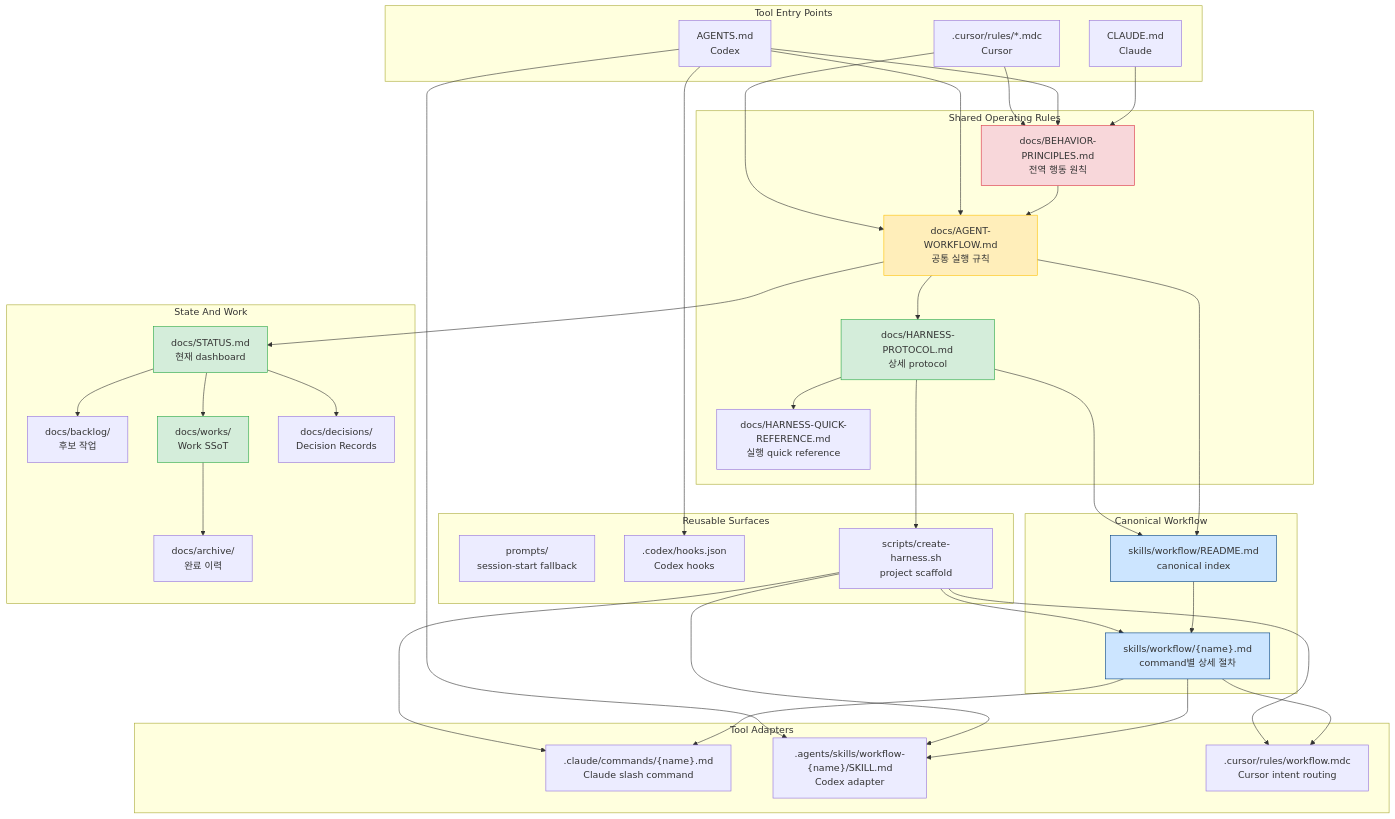
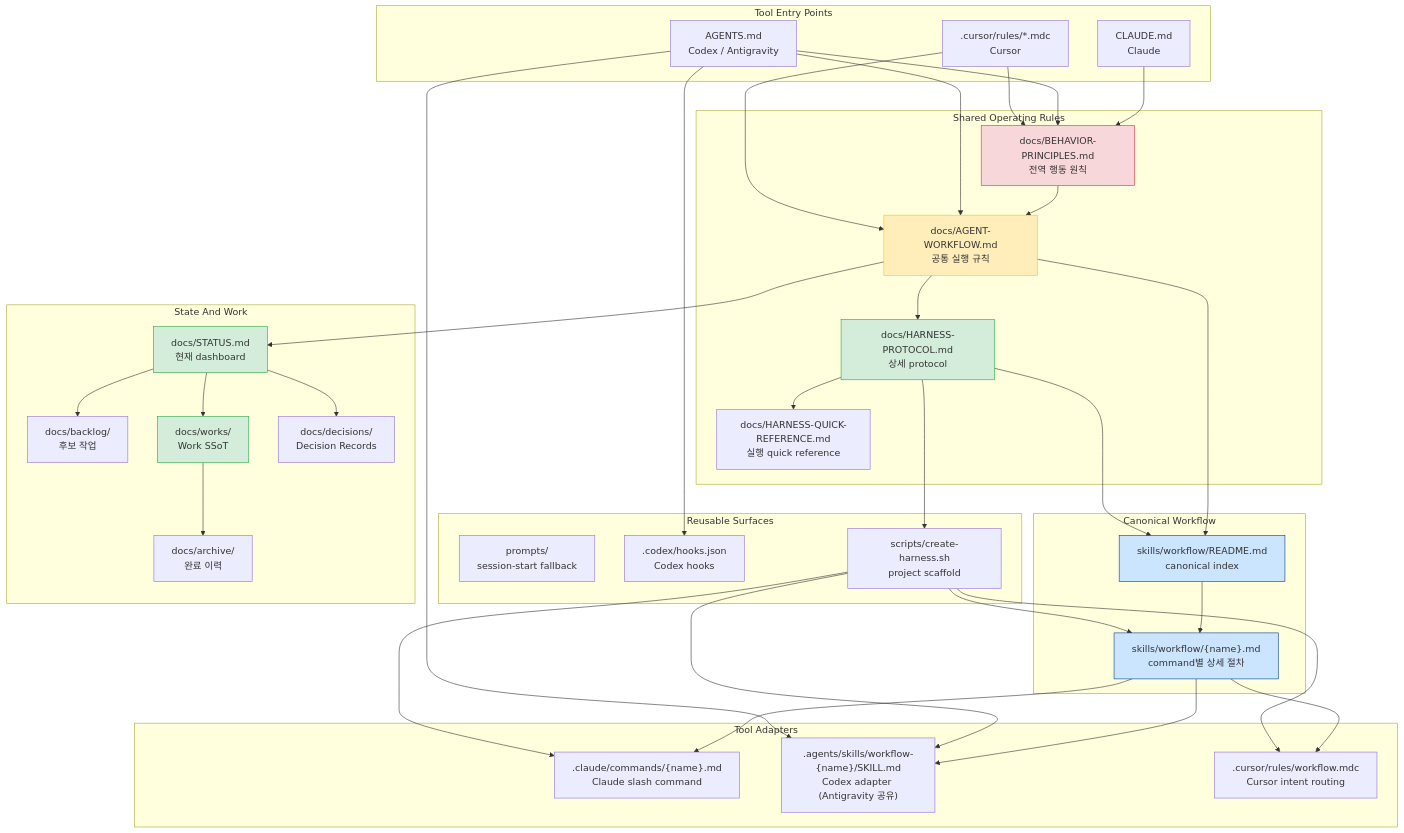
The first of 4 diagrams in README.md (kyungseo/ai-workflow-harness), drawn with Mermaid before and after one commit. The commit also changed other lines of this file and 38 other files, not shown here.

````diff
--- a/README.md
+++ b/README.md
@@ -111,80 +111,80 @@
 ```mermaid
 flowchart TD
     subgraph ENTRY ["Tool Entry Points"]
         CLAUDE["CLAUDE.md\nClaude"]
-        AGENTS["AGENTS.md\nCodex"]
+        AGENTS["AGENTS.md\nCodex / Antigravity"]
         CURSOR[".cursor/rules/*.mdc\nCursor"]
     end
 
     subgraph RULES ["Shared Operating Rules"]
         BP["docs/BEHAVIOR-PRINCIPLES.md\n전역 행동 원칙"]
         AW["docs/AGENT-WORKFLOW.md\n공통 실행 규칙"]
         HP["docs/HARNESS-PROTOCOL.md\n상세 protocol"]
         HQ["docs/HARNESS-QUICK-REFERENCE.md\n실행 quick reference"]
     end
 
     subgraph CANON ["Canonical Workflow"]
         SKILL_README["skills/workflow/README.md\ncanonical index"]
         SKILL_FLOW["skills/workflow/{name}.md\ncommand별 상세 절차"]
     end
 
     subgraph ADAPTERS ["Tool Adapters"]
         COMMANDS[".claude/commands/{name}.md\nClaude slash command"]
-        CODEX_SKILLS[".agents/skills/workflow-{name}/SKILL.md\nCodex adapter"]
+        CODEX_SKILLS[".agents/skills/workflow-{name}/SKILL.md\nCodex adapter (Antigravity 공유)"]
         CURSOR_WORKFLOW[".cursor/rules/workflow.mdc\nCursor intent routing"]
     end
 
     subgraph STATE ["State And Work"]
         STATUS["docs/STATUS.md\n현재 dashboard"]
         BACKLOG["docs/backlog/\n후보 작업"]
         WORK["docs/works/\nWork SSoT"]
         DR["docs/decisions/\nDecision Records"]
         ARCHIVE["docs/archive/\n완료 이력"]
     end
 
     subgraph SURFACE ["Reusable Surfaces"]
         PROMPTS["prompts/\nsession-start fallback"]
         HOOKS[".codex/hooks.json\nCodex hooks"]
         SCRIPT["scripts/create-harness.sh\nproject scaffold"]
     end
 
     CLAUDE --> BP --> AW --> HP
     AGENTS --> BP
     AGENTS --> AW
     CURSOR --> BP
     CURSOR --> AW
 
     AW --> SKILL_README
     HP --> SKILL_README
     SKILL_README --> SKILL_FLOW
     SKILL_FLOW --> COMMANDS
     SKILL_FLOW --> CODEX_SKILLS
     SKILL_FLOW --> CURSOR_WORKFLOW
 
     AW --> STATUS
     STATUS --> BACKLOG
     STATUS --> WORK
     WORK --> ARCHIVE
     STATUS --> DR
 
     HP --> HQ
     HP --> SCRIPT
     SCRIPT --> SKILL_FLOW
     SCRIPT --> COMMANDS
     SCRIPT --> CODEX_SKILLS
     SCRIPT --> CURSOR_WORKFLOW
 
     AGENTS --> CODEX_SKILLS
     AGENTS --> HOOKS
 
     ARCHIVE ~~~ COMMANDS
     DR ~~~ PROMPTS
 
     style BP fill:#f8d7da,stroke:#dc3545
     style AW fill:#ffeeba,stroke:#ffc107
     style HP fill:#d4edda,stroke:#28a745
     style SKILL_README fill:#cce5ff,stroke:#004085
     style SKILL_FLOW fill:#cce5ff,stroke:#004085
     style STATUS fill:#d4edda,stroke:#28a745
     style WORK fill:#d4edda,stroke:#28a745
 ```
````
